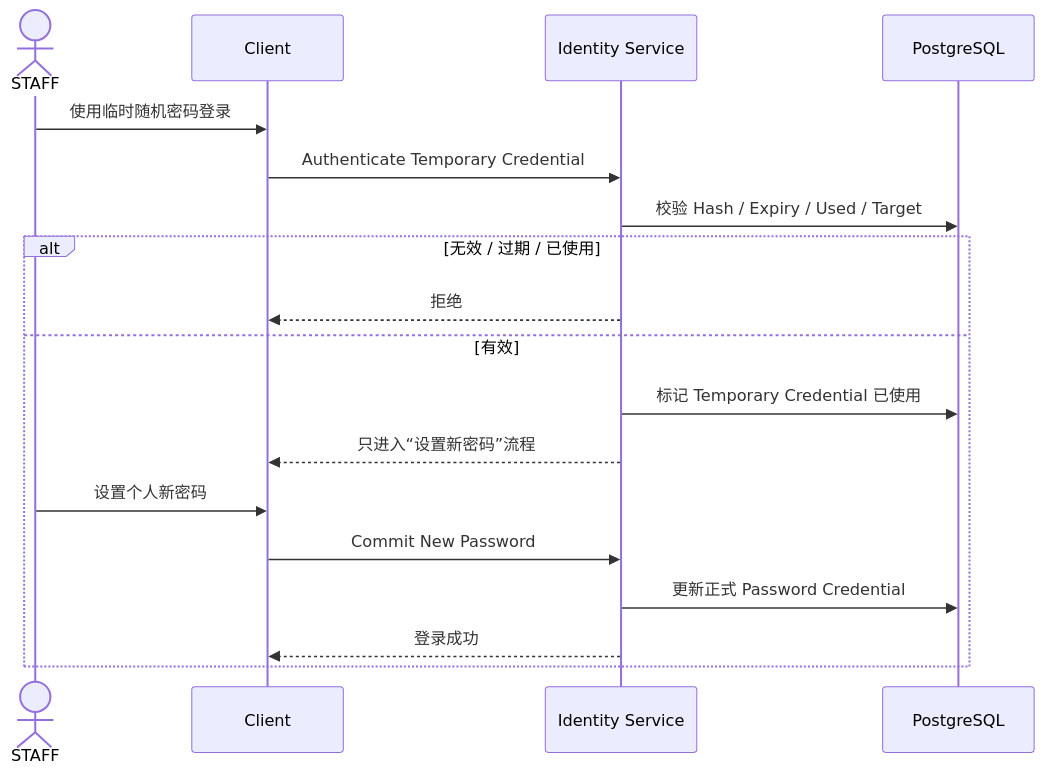
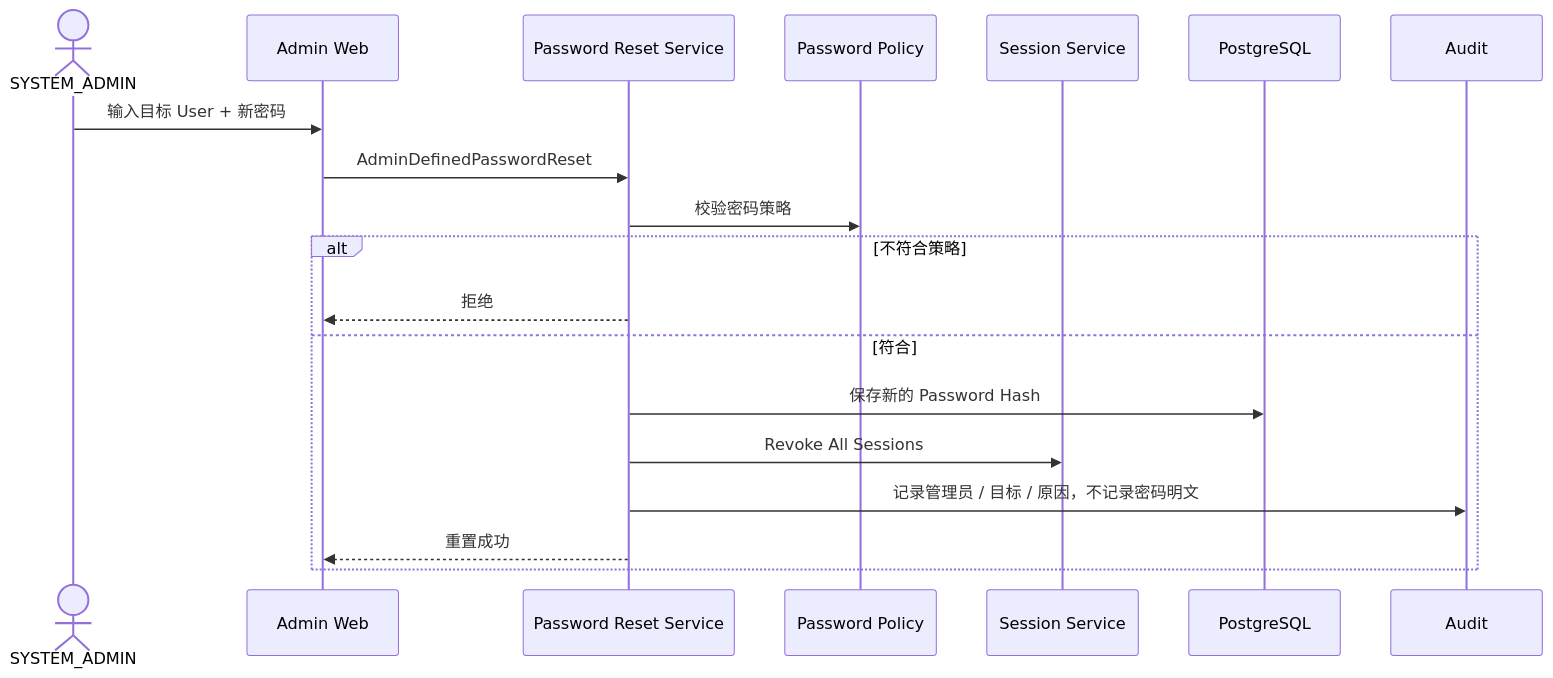
One commit to sxyq/mastergoods changed the fourth of 4 diagrams in docs/system-design/01-账户与身份/04-密码与账号恢复.md. Above: the diagram before and after it, drawn with Mermaid. The commit also changed other lines of this file and 7 other files, not shown here.

Commit message:
docs(identity): refine password reset and staff account boundaries

````diff
--- a/docs/system-design/01-账户与身份/04-密码与账号恢复.md
+++ b/docs/system-design/01-账户与身份/04-密码与账号恢复.md
@@ -94,22 +170,23 @@
 ```mermaid
 sequenceDiagram
-    actor S as STAFF
-    participant C as Client
-    participant IAM as Identity Service
+    actor SA as SYSTEM_ADMIN
+    participant WEB as Admin Web
+    participant RESET as Password Reset Service
+    participant POLICY as Password Policy
+    participant SESSION as Session Service
     participant DB as PostgreSQL
+    participant AUDIT as Audit
 
-    S->>C: 使用临时随机密码登录
-    C->>IAM: Authenticate Temporary Credential
-    IAM->>DB: 校验 Hash / Expiry / Used / Target
+    SA->>WEB: 输入目标 User + 新密码
+    WEB->>RESET: AdminDefinedPasswordReset
+    RESET->>POLICY: 校验密码策略
 
-    alt 无效 / 过期 / 已使用
-        IAM-->>C: 拒绝
-    else 有效
-        IAM->>DB: 标记 Temporary Credential 已使用
-        IAM-->>C: 只进入“设置新密码”流程
-        S->>C: 设置个人新密码
-        C->>IAM: Commit New Password
-        IAM->>DB: 更新正式 Password Credential
-        IAM-->>C: 登录成功
+    alt 不符合策略
+        RESET-->>WEB: 拒绝
+    else 符合
+        RESET->>DB: 保存新的 Password Hash
+        RESET->>SESSION: Revoke All Sessions
+        RESET->>AUDIT: 记录管理员 / 目标 / 原因，不记录密码明文
+        RESET-->>WEB: 重置成功
     end
 ```
````
